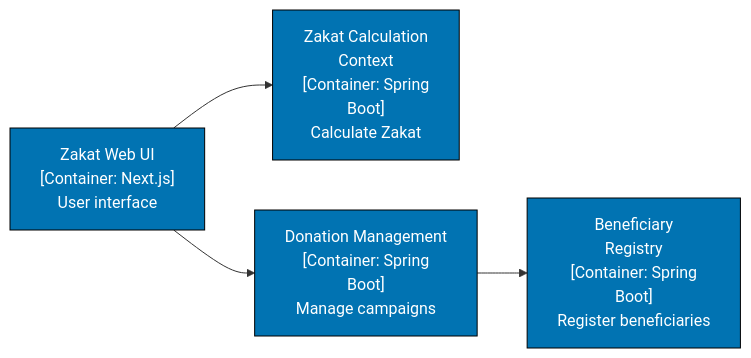
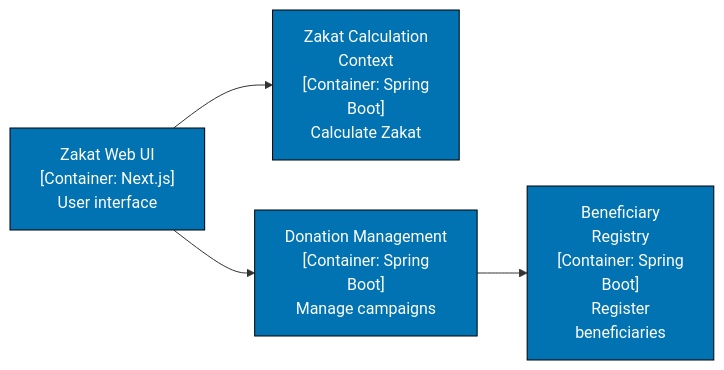
Before and after one commit to wahidyankf/ose-public: the second of 5 diagrams in docs/explanation/software-engineering/architecture/c4-architecture-model/bounded-context-visualization.md, drawn with Mermaid. The commit also changed other lines of this file and 220 other files, not shown here.

First line of the commit message:
docs: split mermaid labels to 20 graphemes and add palette defaults

````diff
--- a/docs/explanation/software-engineering/architecture/c4-architecture-model/bounded-context-visualization.md
+++ b/docs/explanation/software-engineering/architecture/c4-architecture-model/bounded-context-visualization.md
@@ -144,15 +145,16 @@
 ```mermaid
 graph LR
     accTitle: Container Diagram Single System with Multiple Contexts
     accDescr: Zakat Web UI Container: Next.js User interface leads to Zakat Calculation Context Container: Spring Boot Calculate Zakat; Zakat Web UI Container: Next.js User interface leads to Donation Management Container: Spring Boot Manage campaigns; and 1 more links.
     ZakatWeb["Zakat Web UI<br/>[Container: Next.js]<br/>User interface"]:::blue
     ZakatAPI["Zakat Calculation<br/>Context<br/>[Container: Spring<br/>Boot]<br/>Calculate Zakat"]:::blue
     DonationAPI["Donation Management<br/>[Container: Spring<br/>Boot]<br/>Manage campaigns"]:::blue
-    BeneficiaryAPI["Beneficiary<br/>Registry<br/>[Container: Spring<br/>Boot]<br/>Register beneficiaries"]:::blue
+    BeneficiaryAPI["Beneficiary<br/>Registry<br/>[Container: Spring<br/>Boot]<br/>Register<br/>beneficiaries"]:::blue
 
     ZakatWeb --> ZakatAPI
     ZakatWeb --> DonationAPI
     DonationAPI --> BeneficiaryAPI
 
     classDef blue fill:#0173B2,stroke:#000000,color:#FFFFFF
+    classDef default fill:#FFFFFF,stroke:#000000,color:#000000
 ```
````
